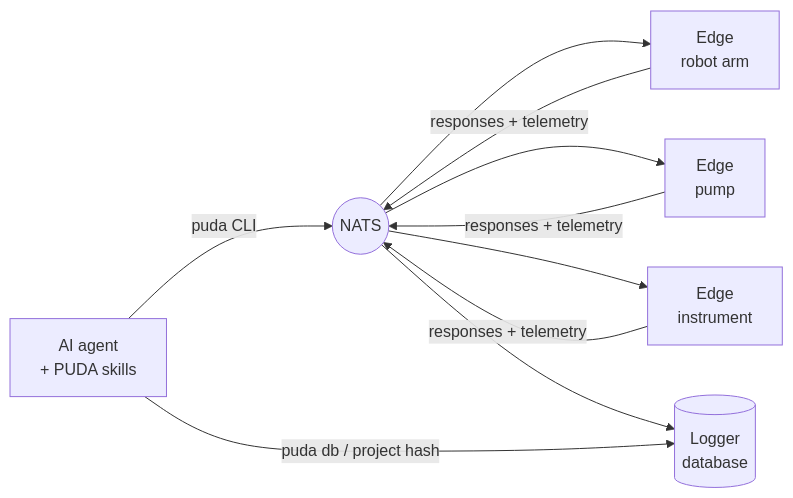
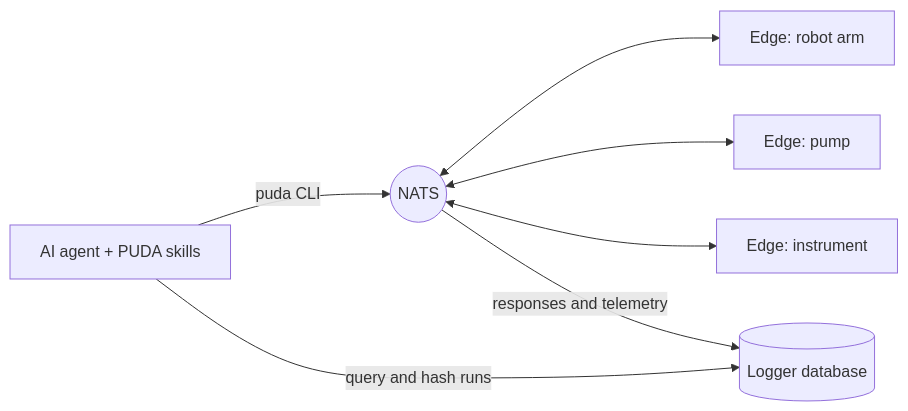
The diagram in README.md (PUDAP/puda), drawn with Mermaid before and after one commit. The commit also changed other lines of this file, not shown here.

Commit message:
docs: fix README mermaid diagram and wrap install command

````diff
--- a/README.md
+++ b/README.md
@@ -83,10 +84,9 @@
 ```mermaid
 flowchart LR
-    A[AI agent<br/>+ PUDA skills] -->|puda CLI| N((NATS))
-    N --> E1[Edge<br/>robot arm]
-    N --> E2[Edge<br/>pump]
-    N --> E3[Edge<br/>instrument]
-    E1 & E2 & E3 -->|responses + telemetry| N
-    N --> L[(Logger<br/>database)]
-    A -->|puda db / project hash| L
+    A["AI agent + PUDA skills"] -- "puda CLI" --> N(("NATS"))
+    N <--> E1["Edge: robot arm"]
+    N <--> E2["Edge: pump"]
+    N <--> E3["Edge: instrument"]
+    N -- "responses and telemetry" --> L[("Logger database")]
+    A -- "query and hash runs" --> L
 ```
````
